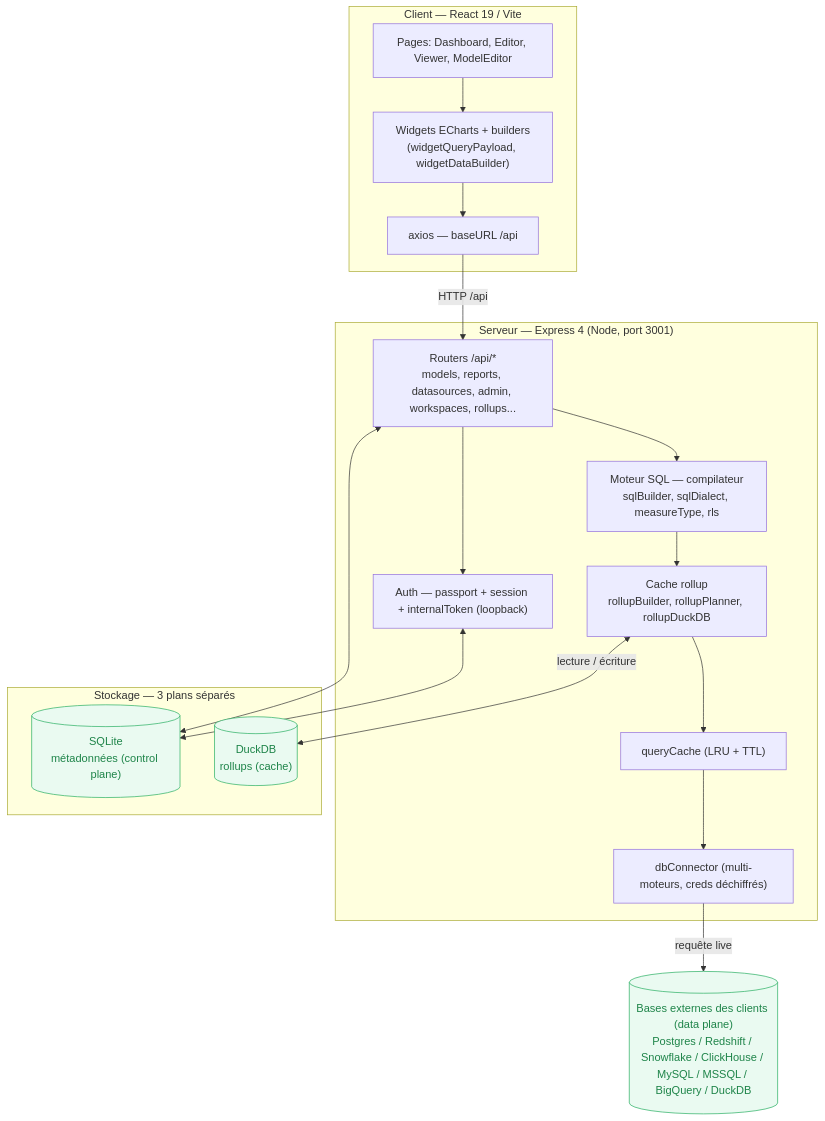
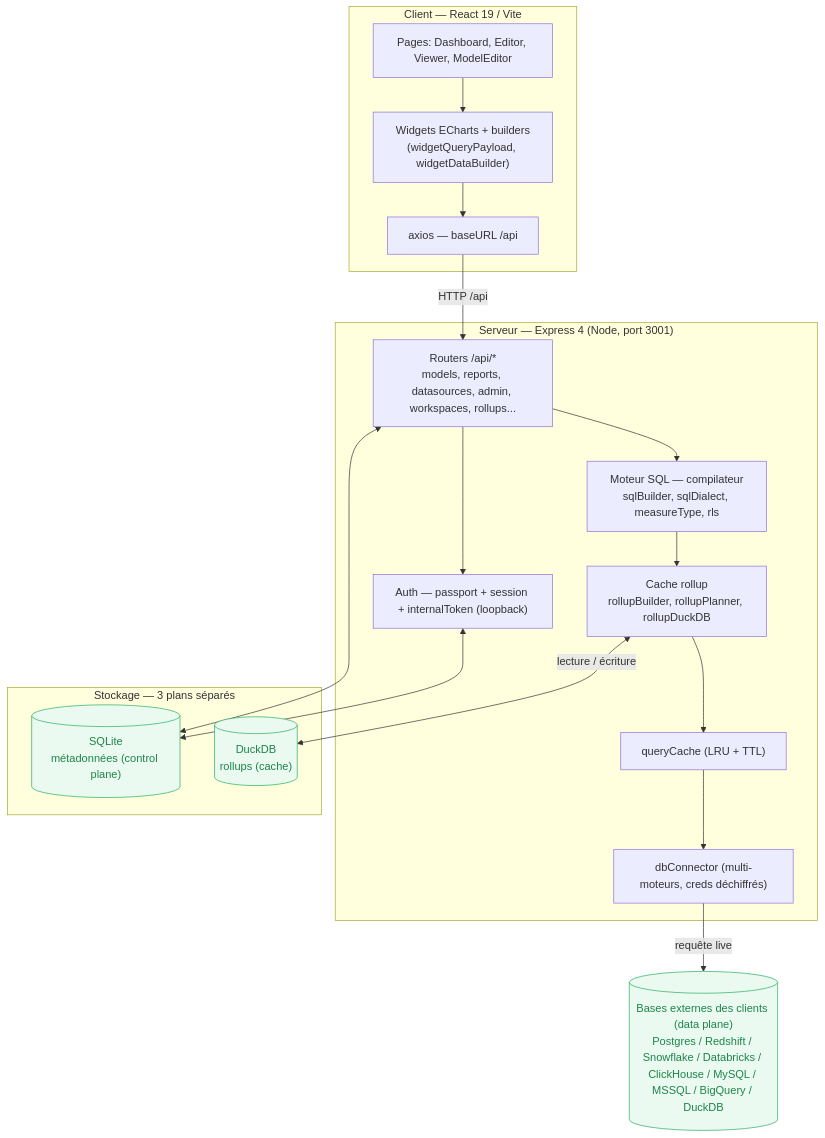
The first of 5 diagrams in docs/ARCHITECTURE.md (cracky777/openreport), drawn with Mermaid before and after one commit. The commit also changed other lines of this file and 22 other files, not shown here.

````diff
--- a/docs/ARCHITECTURE.md
+++ b/docs/ARCHITECTURE.md
@@ -36,37 +36,37 @@
 ```mermaid
 flowchart TB
   subgraph Client["Client — React 19 / Vite"]
     UI["Pages: Dashboard, Editor, Viewer, ModelEditor"]
     WIDG["Widgets ECharts + builders<br/>(widgetQueryPayload, widgetDataBuilder)"]
     AX["axios — baseURL /api"]
     UI --> WIDG --> AX
   end
 
   subgraph Server["Serveur — Express 4 (Node, port 3001)"]
     RT["Routers /api/*<br/>models, reports, datasources, admin, workspaces, rollups..."]
     AUTH["Auth — passport + session + internalToken (loopback)"]
     ENG["Moteur SQL — compilateur<br/>sqlBuilder, sqlDialect, measureType, rls"]
     ROLL["Cache rollup<br/>rollupBuilder, rollupPlanner, rollupDuckDB"]
     QC["queryCache (LRU + TTL)"]
     CONN["dbConnector (multi-moteurs, creds déchiffrés)"]
   end
 
   subgraph Data["Stockage — 3 plans séparés"]
     META[("SQLite<br/>métadonnées (control plane)")]
     RUP[("DuckDB<br/>rollups (cache)")]
   end
-  EXT[("Bases externes des clients (data plane)<br/>Postgres / Redshift / Snowflake / ClickHouse / MySQL / MSSQL / BigQuery / DuckDB")]
+  EXT[("Bases externes des clients (data plane)<br/>Postgres / Redshift / Snowflake / Databricks / ClickHouse / MySQL / MSSQL / BigQuery / DuckDB")]
 
   AX -->|"HTTP /api"| RT
   RT --> AUTH
   RT --> ENG
   ENG --> ROLL
   ROLL --> QC --> CONN
   CONN -->|"requête live"| EXT
   ROLL <-->|"lecture / écriture"| RUP
   RT <--> META
   AUTH <--> META
 
   classDef strong fill:#eafaf1,stroke:#27ae60,stroke-width:1px,color:#1e8449;
   class META,RUP,EXT strong
 ```
````
